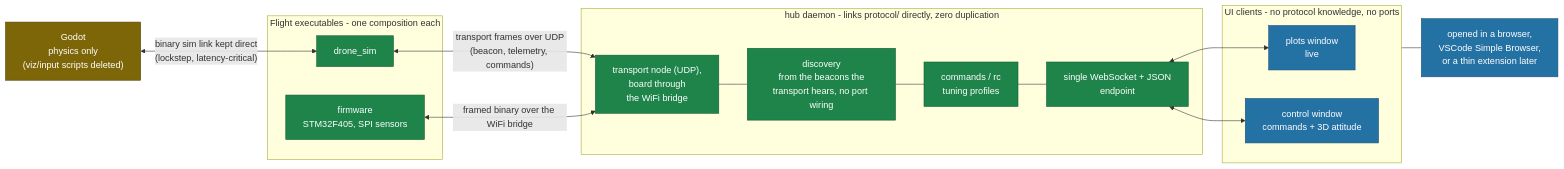
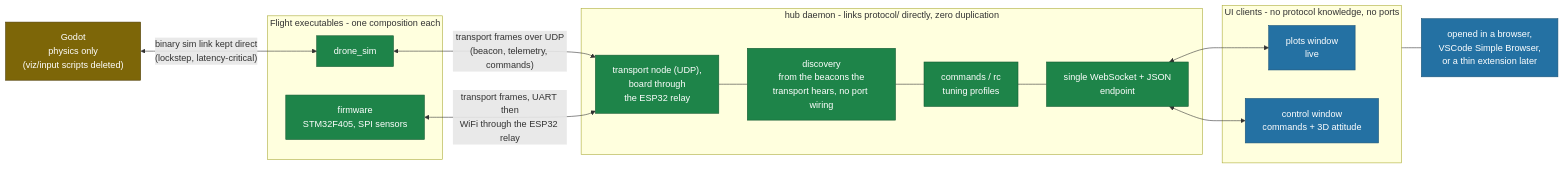
One commit to Keyrim/drone-mark4 changed the diagram in docs/tooling-architecture.md. Above: the diagram before and after it, drawn with Mermaid. The commit also changed other lines of this file and 10 other files, not shown here.

First line of the commit message:
docs: the ESP32 is a transport relay, the hub has one link

````diff
--- a/docs/tooling-architecture.md
+++ b/docs/tooling-architecture.md
@@ -24,38 +24,38 @@
 ```mermaid
 flowchart LR
     subgraph flight["Flight executables - one composition each"]
         FW["firmware<br/>STM32F405, SPI sensors"]
         DS["drone_sim"]
     end
 
     GODOT["Godot<br/>physics only<br/>(viz/input scripts deleted)"]
 
     subgraph hub["hub daemon - links protocol/ directly, zero duplication"]
-        TR["transport node (UDP),<br/>board through<br/>the WiFi bridge"]
+        TR["transport node (UDP),<br/>board through<br/>the ESP32 relay"]
         DISC["discovery<br/>from the beacons the<br/>transport hears, no port wiring"]
         SVC["commands / rc<br/>tuning profiles"]
         WS["single WebSocket + JSON<br/>endpoint"]
         TR --- DISC --- SVC --- WS
     end
 
     subgraph ui["UI clients - no protocol knowledge, no ports"]
         P1["plots window<br/>live"]
         P2["control window<br/>commands + 3D attitude"]
     end
 
     BROWSER["opened in a browser,<br/>VSCode Simple Browser,<br/>or a thin extension later"]
 
     GODOT <-->|"binary sim link kept direct<br/>(lockstep, latency-critical)"| DS
     DS <-->|"transport frames over UDP<br/>(beacon, telemetry, commands)"| TR
-    FW <-->|"framed binary over the WiFi bridge"| TR
+    FW <-->|"transport frames, UART then<br/>WiFi through the ESP32 relay"| TR
     WS <--> P1
     WS <--> P2
     ui --- BROWSER
 
     classDef checked fill:#1e8449,color:#fff,stroke:#145a32
     classDef thin fill:#2471a3,color:#fff,stroke:#1a5276
     classDef neutral fill:#7d6608,color:#fff,stroke:#4d3c04
     class FW,DS,TR,DISC,SVC,WS checked
     class P1,P2,BROWSER thin
     class GODOT neutral
 ```
````
